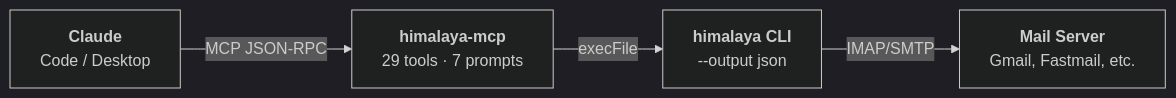
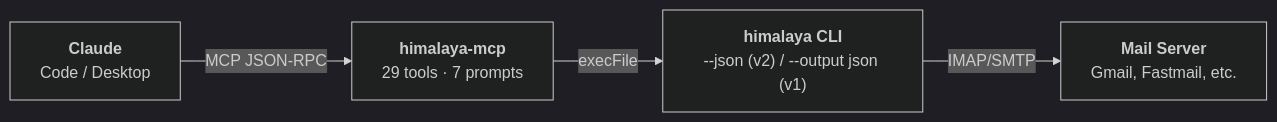
The diagram in docs/index.md (Data-Wise/himalaya-mcp), drawn with Mermaid (dark theme) before and after one commit. The commit also changed 11 other files, not shown here.

````diff
--- a/docs/index.md
+++ b/docs/index.md
@@ -67,10 +67,10 @@
 ```mermaid
 flowchart LR
     A["`**Claude**
     Code / Desktop`"] -->|MCP JSON-RPC| B["`**himalaya-mcp**
     29 tools · 7 prompts`"]
     B -->|execFile| C["`**himalaya CLI**
-    --output json`"]
+    --json (v2) / --output json (v1)`"]
     C -->|IMAP/SMTP| D["`**Mail Server**
     Gmail, Fastmail, etc.`"]
 ```
````
